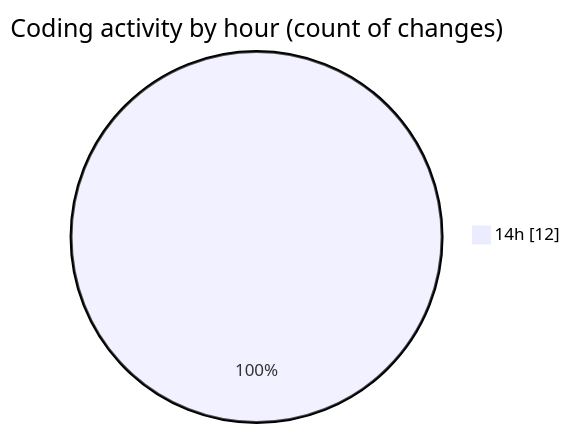
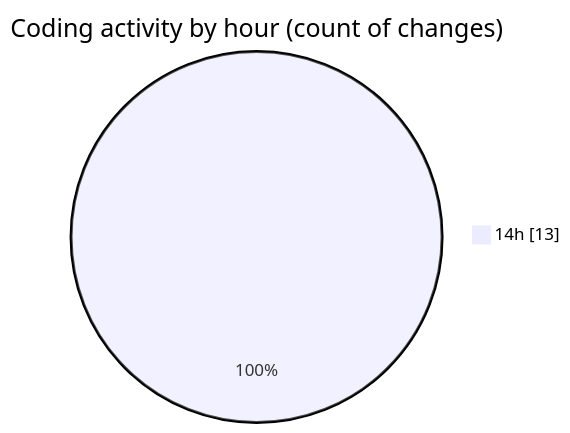
One commit to robertbonfada/code-tracking changed the second of 2 diagrams in 2025-03-01/termonied_testador/README.md. Above: the diagram before and after it, drawn with Mermaid. The commit also changed other lines of this file and 1 other file, not shown here.

````diff
--- a/2025-03-01/termonied_testador/README.md
+++ b/2025-03-01/termonied_testador/README.md
@@ -34,5 +35,5 @@
 ```mermaid
 pie showData
 title Coding activity by hour (count of changes)
-"14h" : 12
+"14h" : 13
 ```
````
